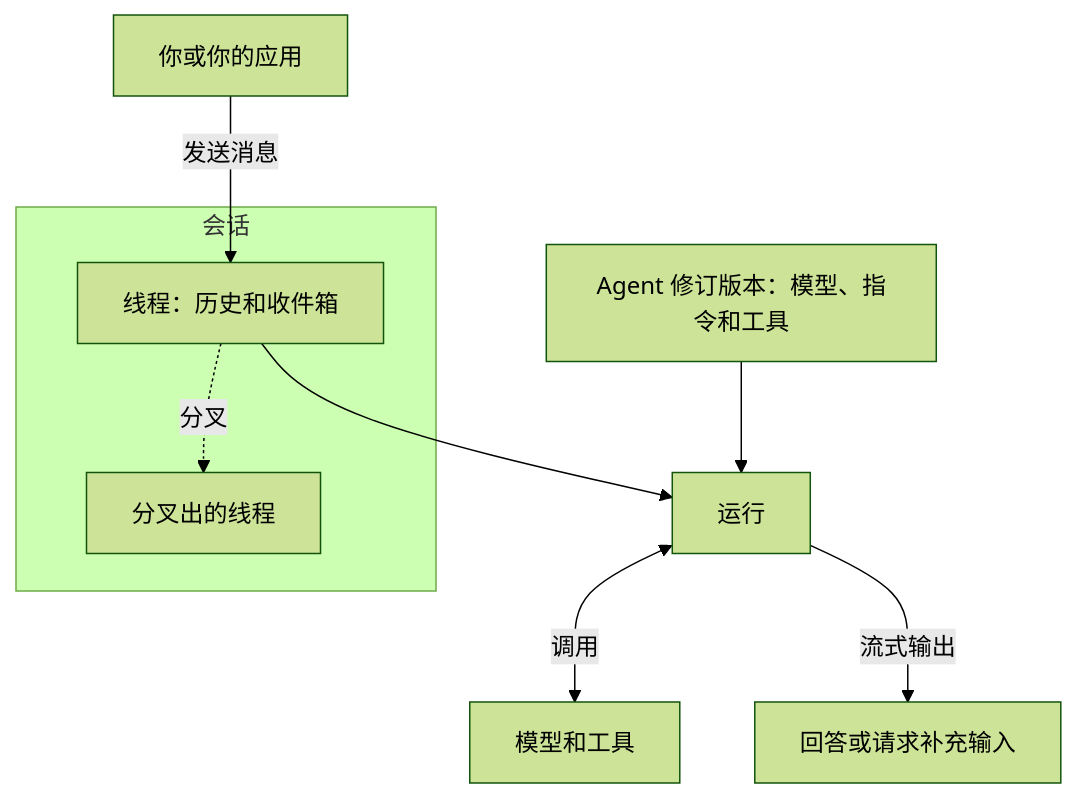
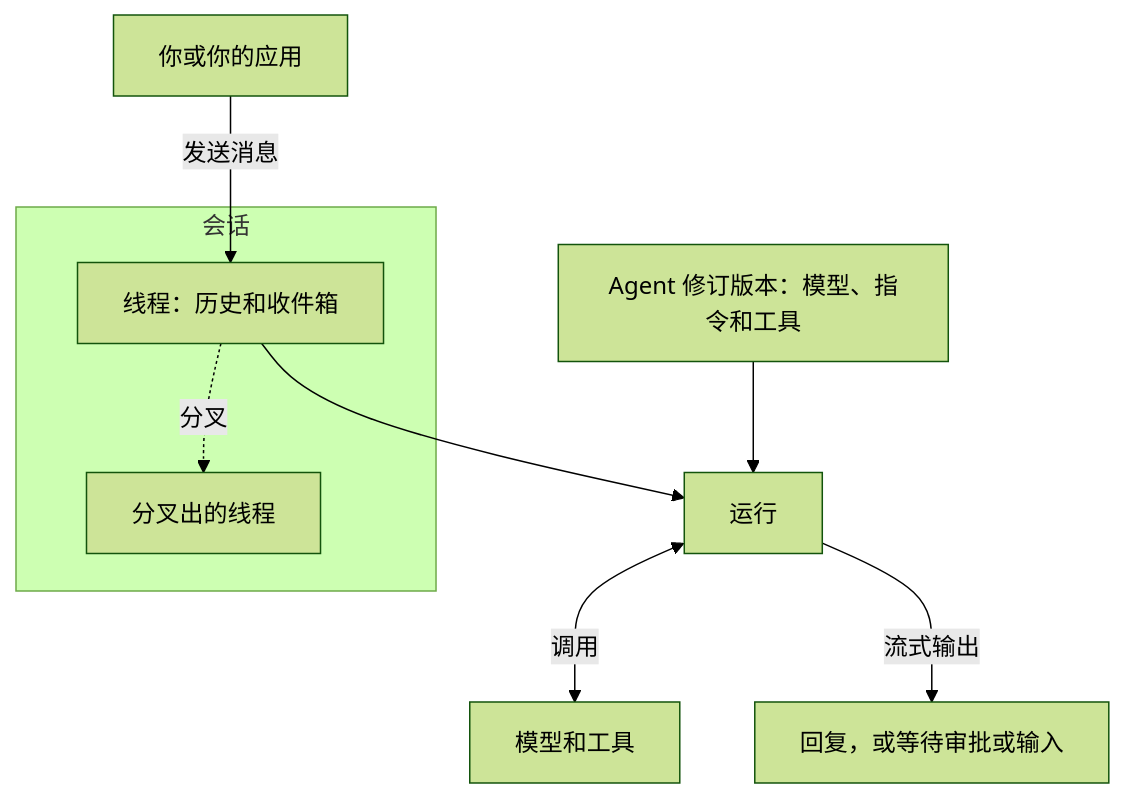
Before and after one commit to converge-ai-labs/agent-foundation: the diagram in docs/overview/core-concepts.zh-CN.md, drawn with Mermaid (forest theme). The commit also changed other lines of this file and 199 other files, not shown here.

````diff
--- a/docs/overview/core-concepts.zh-CN.md
+++ b/docs/overview/core-concepts.zh-CN.md
@@ -30,15 +30,15 @@
 ```mermaid
 flowchart TB
     You["你或你的应用"] -->|"发送消息"| Thread
     subgraph Session["会话"]
         Thread["线程：历史和收件箱"] -. "分叉" .-> Fork["分叉出的线程"]
     end
     Thread --> Run["运行"]
     Agent["Agent 修订版本：模型、指令和工具"] --> Run
     Run <-->|"调用"| External["模型和工具"]
-    Run -->|"流式输出"| Output["回答或请求补充输入"]
+    Run -->|"流式输出"| Output["回复，或等待审批或输入"]
 
     class You app
     class Run,Agent a13n
     class External ext
 ```
````
